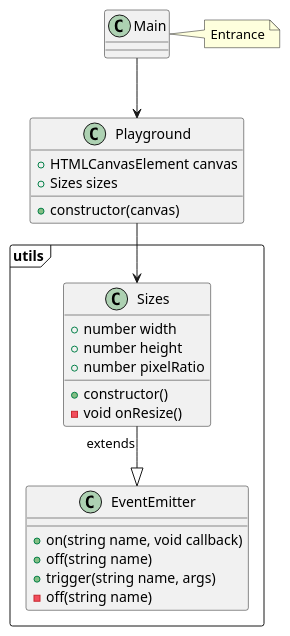
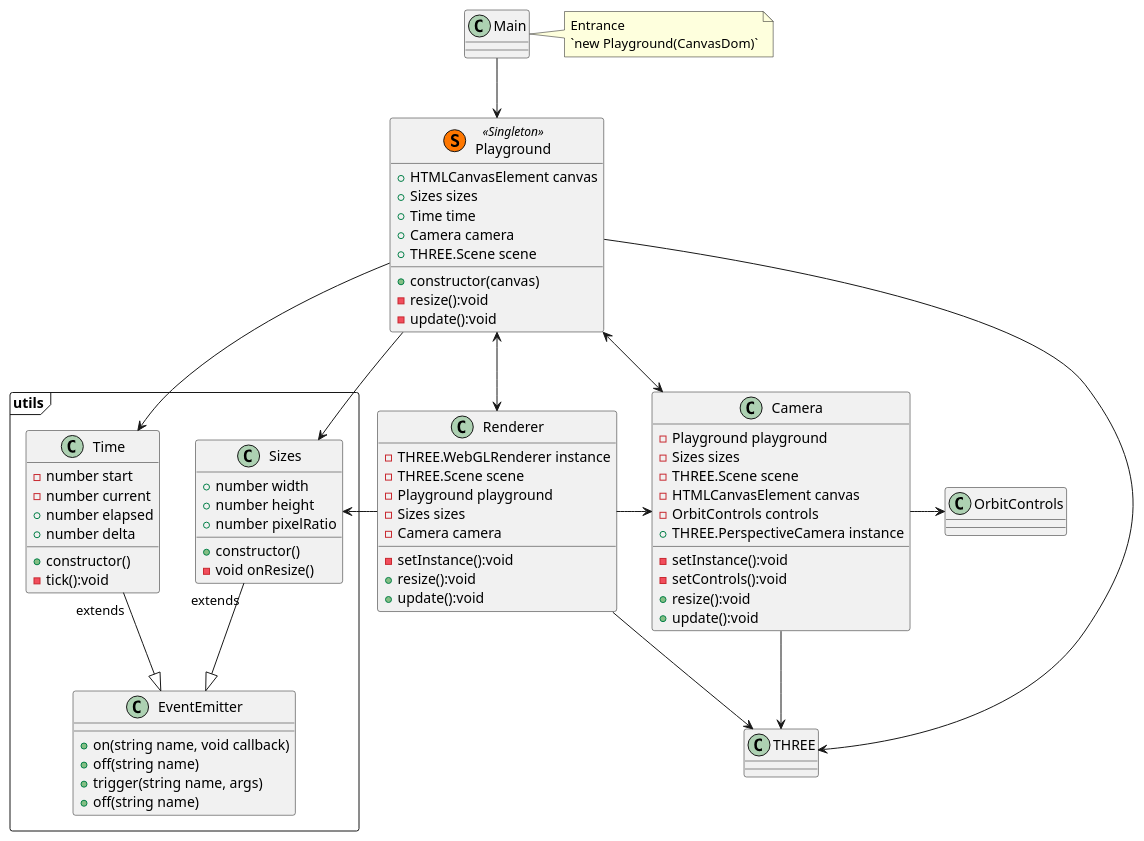
Before and after one commit to Gaohaoyang/threeJourney: the diagram in docs/26-codeStructure.md, drawn with PlantUML. The commit also changed 4 other files, not shown here.

````diff
--- a/docs/26-codeStructure.md
+++ b/docs/26-codeStructure.md
@@ -6,20 +6,22 @@
 class Main {}
 note right of Main
   Entrance
+  `new Playground(CanvasDom)`
 end note
 
-class Playground {
+class THREE {}
+class OrbitControls {}
+
+class Playground<<(S,#FF7700) Singleton>>{
   +HTMLCanvasElement canvas
   +Sizes sizes
+  +Time time
+  +Camera camera
+  +THREE.Scene scene
   +constructor(canvas)
-  ' +init()
-  ' +create()
-  ' +render()
-  ' +update()
-  ' +destroy()
+  -resize():void
+  -update():void
 }
-
-
 
 package utils <<Frame>>{
   class Sizes {
@@ -34,13 +36,56 @@
     +on(string name, void callback)
     +off(string name)
     +trigger(string name, args)
-    -off(string name)
+    +off(string name)
   }
+
+  class Time {
+    -number start
+    -number current
+    +number elapsed
+    +number delta
+    +constructor()
+    -tick():void
+  }
+}
+
+class Camera {
+  -Playground playground
+  -Sizes sizes
+  -THREE.Scene scene
+  -HTMLCanvasElement canvas
+  -OrbitControls controls
+  +THREE.PerspectiveCamera instance
+  -setInstance():void
+  -setControls():void
+  +resize():void
+  +update():void
+}
+
+class Renderer {
+  -THREE.WebGLRenderer instance
+  -THREE.Scene scene
+  -Playground playground
+  -Sizes sizes
+  -Camera camera
+  -setInstance():void
+  +resize():void
+  +update():void
 }
 
 
 Main --> Playground
 Playground --> Sizes
+Playground --> Time
+Playground --> THREE
+Playground <--> Camera
+Playground <--> Renderer
+Camera --> THREE
+Renderer -> THREE
+Renderer -> Sizes
+Renderer -> Camera
+Camera -> OrbitControls
 Sizes "extends" --|> EventEmitter
+Time "extends" --|> EventEmitter
 
 ```
````
